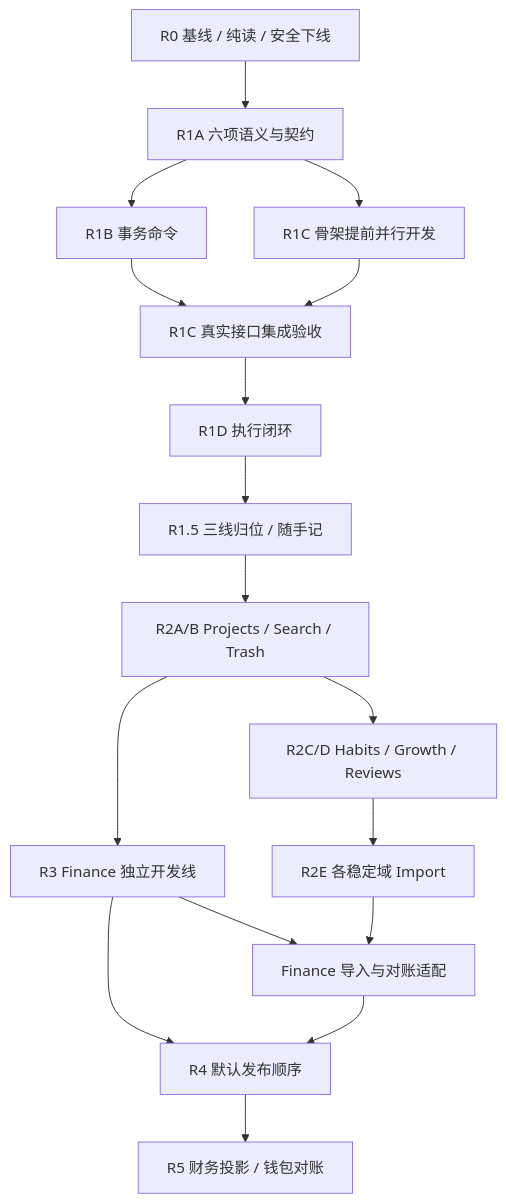
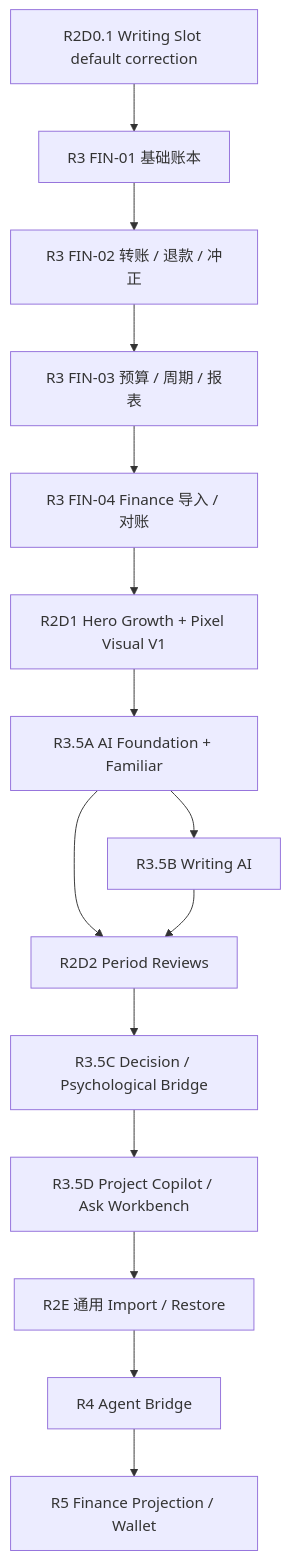
The diagram in docs/DEVELOPMENT_PLAN_VNEXT.md (calicoAo/workbench), drawn with Mermaid before and after one commit. The commit also changed other lines of this file and 221 other files, not shown here.

````diff
--- a/docs/DEVELOPMENT_PLAN_VNEXT.md
+++ b/docs/DEVELOPMENT_PLAN_VNEXT.md
@@ -72,19 +132,17 @@
 ```mermaid
 flowchart TD
-    R0[R0 基线 / 纯读 / 安全下线] --> A[R1A 六项语义与契约]
-    A --> B[R1B 事务命令]
-    A --> Cdev[R1C 骨架提前并行开发]
-    B --> Cgate[R1C 真实接口集成验收]
-    Cdev --> Cgate
-    Cgate --> D[R1D 执行闭环]
-    D --> Rehome[R1.5 三线归位 / 随手记]
-    Rehome --> P[R2A/B Projects / Search / Trash]
-    P --> Growth[R2C/D Habits / Growth / Reviews]
-    P --> Finance[R3 Finance 独立开发线]
-    Growth --> Import[R2E 各稳定域 Import]
-    Finance --> FinImport[Finance 导入与对账适配]
-    Import --> FinImport
-    Finance --> Bridge[R4 默认发布顺序]
-    FinImport --> Bridge
-    Bridge --> F[R5 财务投影 / 钱包对账]
+    Fix[R2D0.1 Writing Slot default correction] --> Fin1[R3 FIN-01 基础账本]
+    Fin1 --> Fin2[R3 FIN-02 转账 / 退款 / 冲正]
+    Fin2 --> Fin3[R3 FIN-03 预算 / 周期 / 报表]
+    Fin3 --> Fin4[R3 FIN-04 Finance 导入 / 对账]
+    Fin4 --> Growth[R2D1 Hero Growth + Pixel Visual V1]
+    Growth --> AIF[ R3.5A AI Foundation + Familiar ]
+    AIF --> WritingAI[R3.5B Writing AI]
+    AIF --> Review[R2D2 Period Reviews]
+    WritingAI --> Review
+    Review --> DecisionAI[R3.5C Decision / Psychological Bridge]
+    DecisionAI --> Copilot[R3.5D Project Copilot / Ask Workbench]
+    Copilot --> Import[R2E 通用 Import / Restore]
+    Import --> Bridge[R4 Agent Bridge]
+    Bridge --> Projection[R5 Finance Projection / Wallet]
 ```
````
